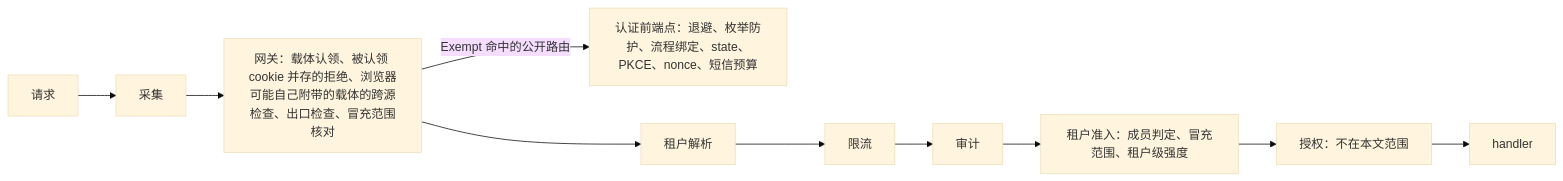
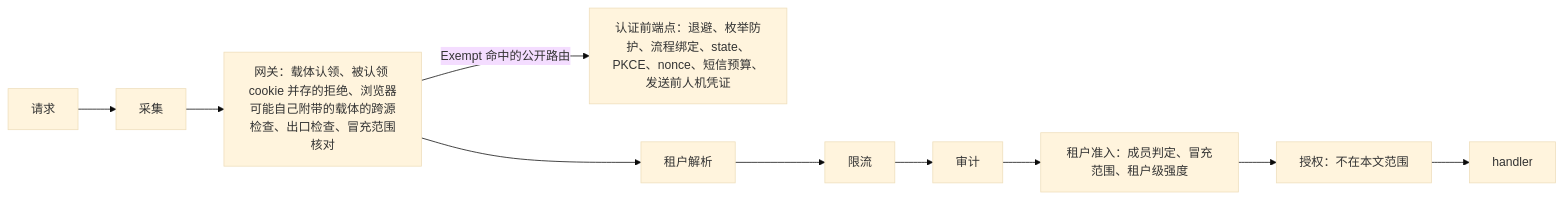
One commit to wangzw/speed changed the second of 2 diagrams in docs/design/modules/authn/design-authn-threats.md. Above: the diagram before and after it, drawn with Mermaid (base theme). The commit also changed other lines of this file and 5 other files, not shown here.

````diff
--- a/docs/design/modules/authn/design-authn-threats.md
+++ b/docs/design/modules/authn/design-authn-threats.md
@@ -293,12 +297,12 @@
 ```mermaid
 flowchart LR
     req["请求"] --> obs["采集"]
     obs --> gate["网关：载体认领、被认领 cookie 并存的拒绝、浏览器可能自己附带的载体的跨源检查、出口检查、冒充范围核对"]
-    gate -->|"Exempt 命中的公开路由"| pre["认证前端点：退避、枚举防护、流程绑定、state、PKCE、nonce、短信预算"]
+    gate -->|"Exempt 命中的公开路由"| pre["认证前端点：退避、枚举防护、流程绑定、state、PKCE、nonce、短信预算、发送前人机凭证"]
     gate --> resolve["租户解析"]
     resolve --> rl["限流"]
     rl --> audit["审计"]
     audit --> adm["租户准入：成员判定、冒充范围、租户级强度"]
     adm --> authz["授权：不在本文范围"]
     authz --> handler["handler"]
 ```
````
